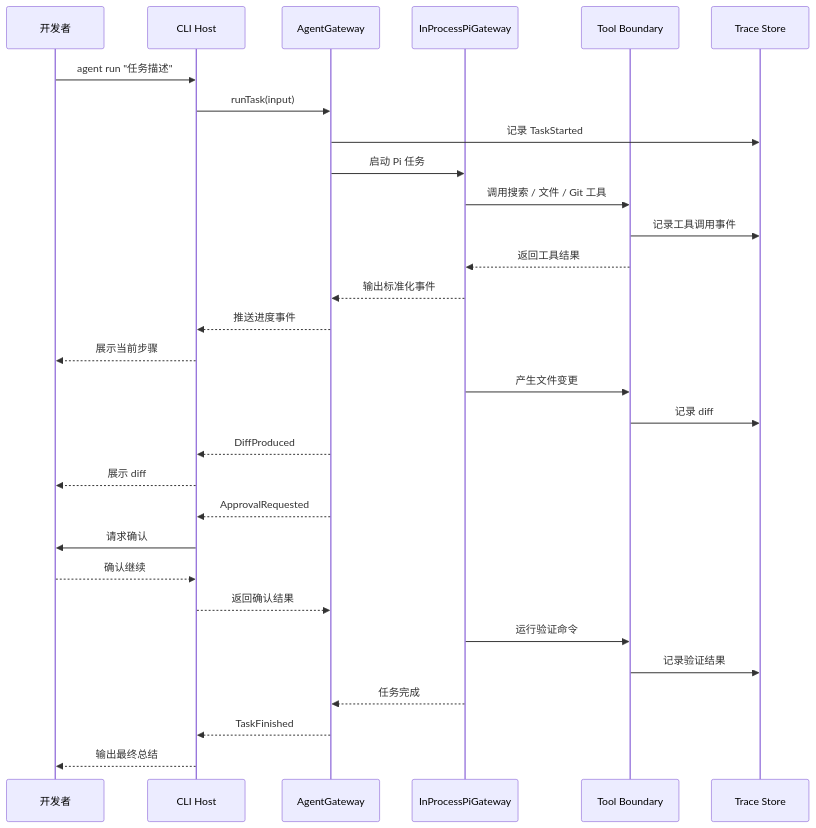
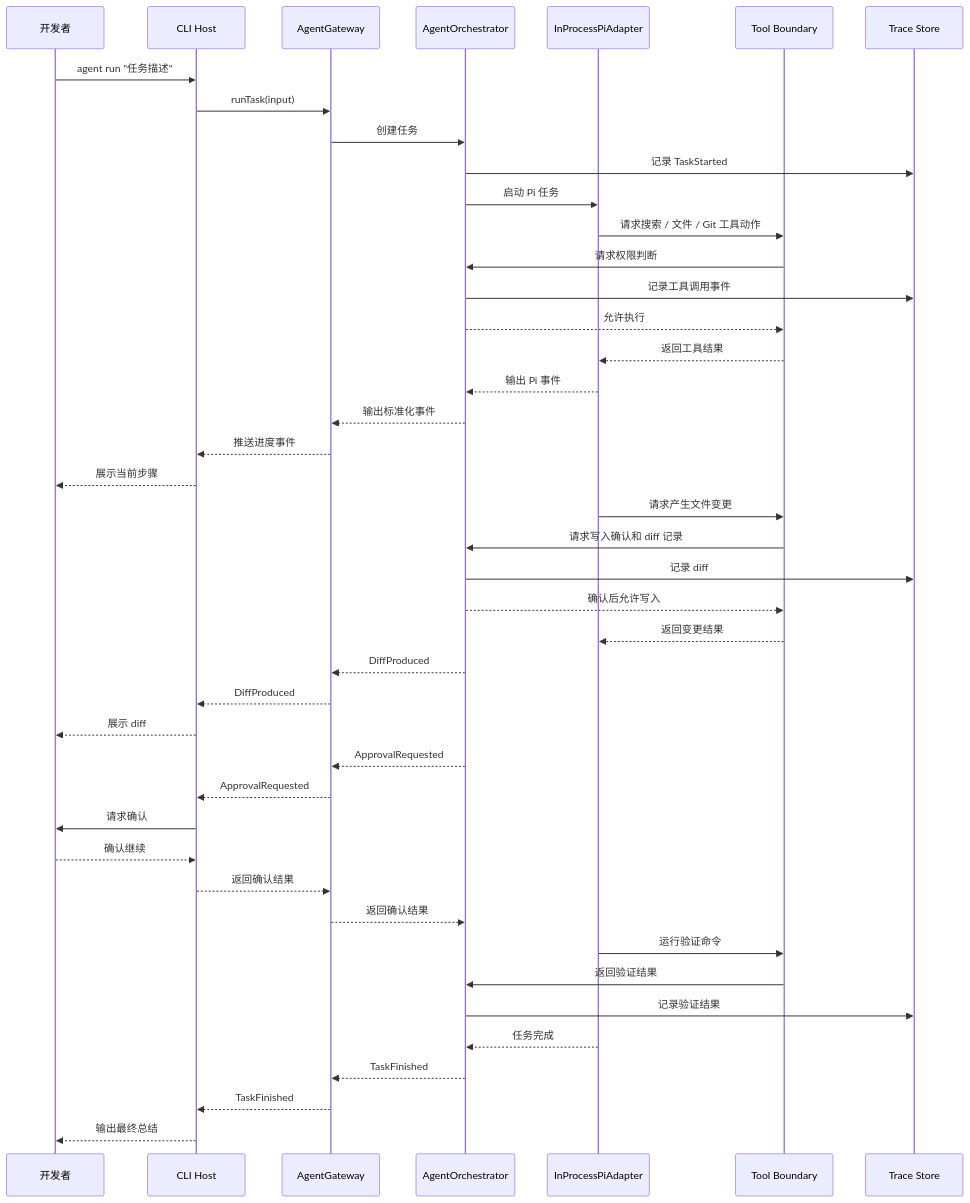
The second of 2 diagrams in wiki/technical-design.md (CrazyMrYan/potato-agent), drawn with Mermaid before and after one commit. The commit also changed other lines of this file and 1 other file, not shown here.

````diff
--- a/wiki/technical-design.md
+++ b/wiki/technical-design.md
@@ -198,33 +237,46 @@
 ```mermaid
 sequenceDiagram
     participant U as 开发者
     participant C as CLI Host
     participant G as AgentGateway
-    participant P as InProcessPiGateway
+    participant O as AgentOrchestrator
+    participant P as InProcessPiAdapter
     participant T as Tool Boundary
     participant S as Trace Store
 
     U->>C: agent run "任务描述"
     C->>G: runTask(input)
-    G->>S: 记录 TaskStarted
-    G->>P: 启动 Pi 任务
-    P->>T: 调用搜索 / 文件 / Git 工具
-    T->>S: 记录工具调用事件
+    G->>O: 创建任务
+    O->>S: 记录 TaskStarted
+    O->>P: 启动 Pi 任务
+    P->>T: 请求搜索 / 文件 / Git 工具动作
+    T->>O: 请求权限判断
+    O->>S: 记录工具调用事件
+    O-->>T: 允许执行
     T-->>P: 返回工具结果
-    P-->>G: 输出标准化事件
+    P-->>O: 输出 Pi 事件
+    O-->>G: 输出标准化事件
     G-->>C: 推送进度事件
     C-->>U: 展示当前步骤
-    P->>T: 产生文件变更
-    T->>S: 记录 diff
+    P->>T: 请求产生文件变更
+    T->>O: 请求写入确认和 diff 记录
+    O->>S: 记录 diff
+    O-->>T: 确认后允许写入
+    T-->>P: 返回变更结果
+    O-->>G: DiffProduced
     G-->>C: DiffProduced
     C-->>U: 展示 diff
+    O-->>G: ApprovalRequested
     G-->>C: ApprovalRequested
     C->>U: 请求确认
     U-->>C: 确认继续
     C-->>G: 返回确认结果
+    G-->>O: 返回确认结果
     P->>T: 运行验证命令
-    T->>S: 记录验证结果
-    P-->>G: 任务完成
+    T->>O: 返回验证结果
+    O->>S: 记录验证结果
+    P-->>O: 任务完成
+    O-->>G: TaskFinished
     G-->>C: TaskFinished
     C-->>U: 输出最终总结
 ```
````
